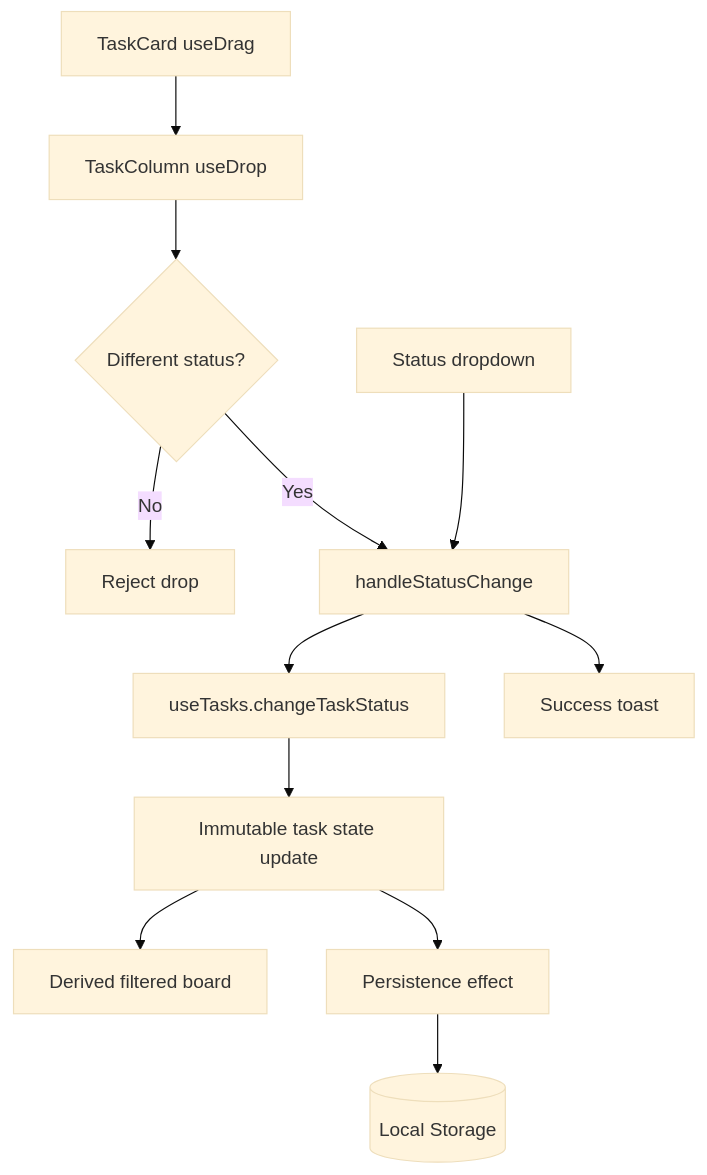
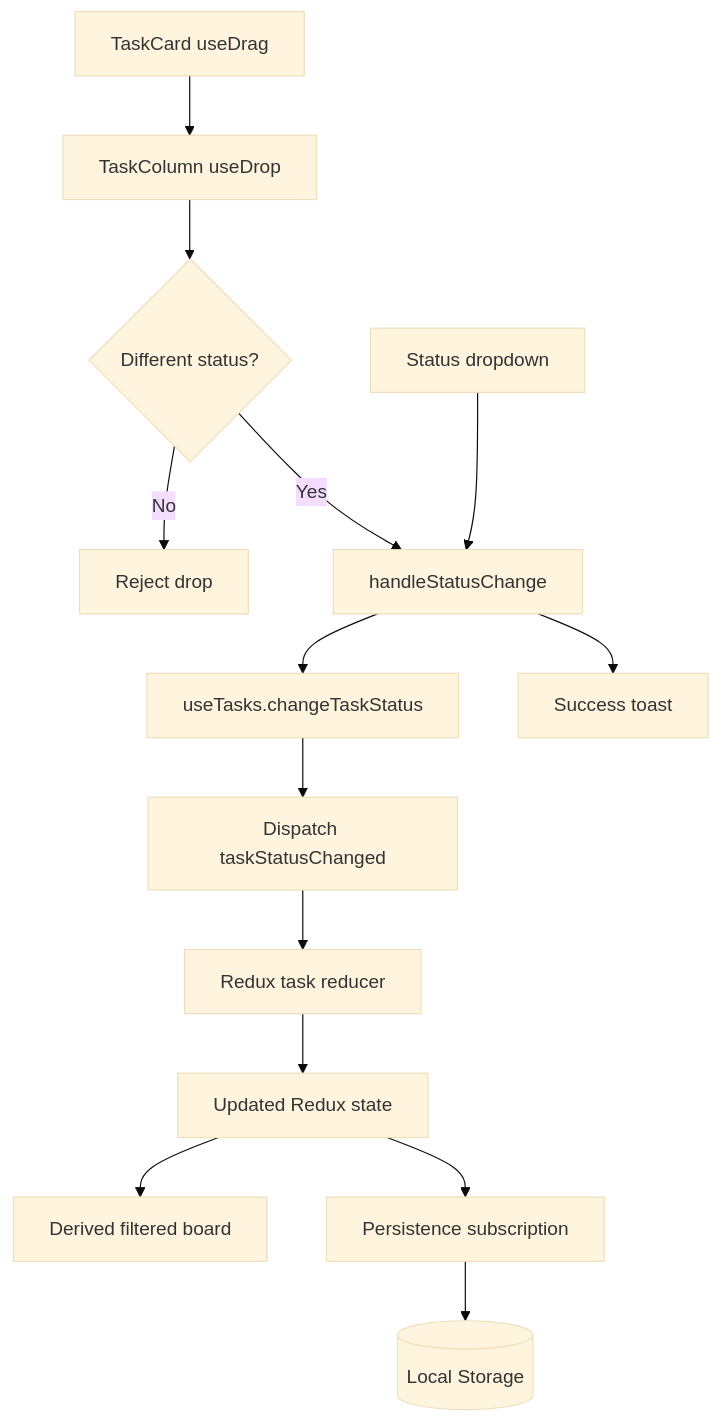
One commit to Nithish259/team-workflow-board changed the third of 4 diagrams in ARCHITECTURE.md. Above: the diagram before and after it, drawn with Mermaid (base theme). The commit also changed other lines of this file and 15 other files, not shown here.

````diff
--- a/ARCHITECTURE.md
+++ b/ARCHITECTURE.md
@@ -84,14 +357,21 @@
 ```mermaid
 flowchart TD
     A[TaskCard useDrag] --> B[TaskColumn useDrop]
     B --> C{Different status?}
+
     C -->|No| D[Reject drop]
     C -->|Yes| E[handleStatusChange]
+
     F[Status dropdown] --> E
+
     E --> G[useTasks.changeTaskStatus]
     E --> H[Success toast]
-    G --> I[Immutable task state update]
-    I --> J[Derived filtered board]
-    I --> K[Persistence effect]
-    K --> L[(Local Storage)]
+
+    G --> I[Dispatch taskStatusChanged]
+    I --> J[Redux task reducer]
+    J --> K[Updated Redux state]
+
+    K --> L[Derived filtered board]
+    K --> M[Persistence subscription]
+    M --> N[(Local Storage)]
 ```
````
